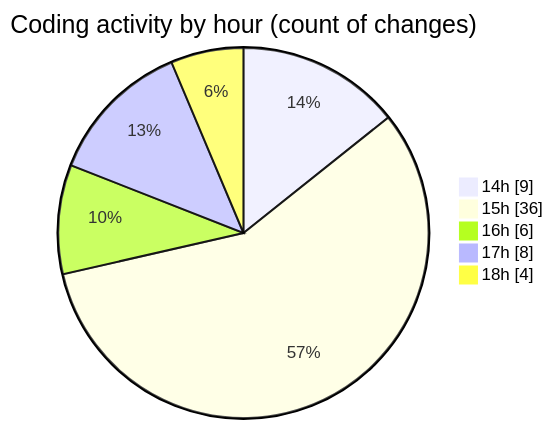
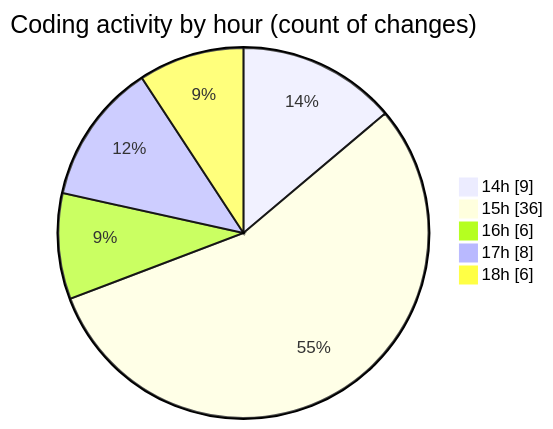
Before and after one commit to Ritupan-Deka/code-tracking: the second of 2 diagrams in 2025-06-17/projects/README.md, drawn with Mermaid. The commit also changed other lines of this file and 1 other file, not shown here.

````diff
--- a/2025-06-17/projects/README.md
+++ b/2025-06-17/projects/README.md
@@ -29,9 +29,9 @@
 ```mermaid
 pie showData
 title Coding activity by hour (count of changes)
 "14h" : 9
 "15h" : 36
 "16h" : 6
 "17h" : 8
-"18h" : 4
+"18h" : 6
 ```
````
